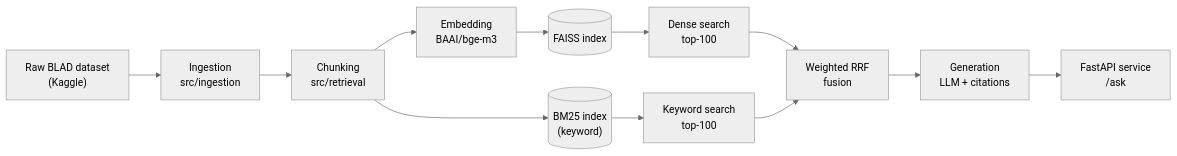
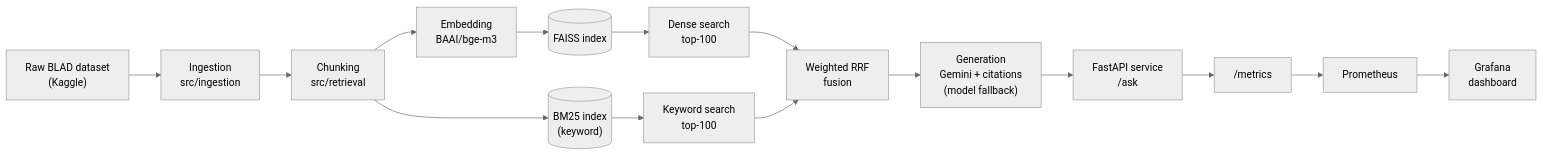
Before and after one commit to Kaniz-Reza/bd-law-rag: the diagram in README.md, drawn with Mermaid (neutral theme). The commit also changed other lines of this file and 1 other file, not shown here.

Commit message:
Update README: fallback, monitoring, CI, data folder

````diff
--- a/README.md
+++ b/README.md
@@ -36,14 +40,17 @@
 ```mermaid
 flowchart LR
     A["Raw BLAD dataset<br/>(Kaggle)"] --> B["Ingestion<br/>src/ingestion"]
     B --> C["Chunking<br/>src/retrieval"]
     C --> D["Embedding<br/>BAAI/bge-m3"]
     D --> E[("FAISS index")]
     C --> BM[("BM25 index<br/>(keyword)")]
     E --> F1["Dense search<br/>top-100"]
     BM --> F2["Keyword search<br/>top-100"]
     F1 --> RRF["Weighted RRF<br/>fusion"]
     F2 --> RRF
-    RRF --> G["Generation<br/>LLM + citations"]
+    RRF --> G["Generation<br/>Gemini + citations<br/>(model fallback)"]
     G --> H["FastAPI service<br/>/ask"]
+    H --> M["/metrics"]
+    M --> P["Prometheus"]
+    P --> GR["Grafana<br/>dashboard"]
 ```
````
